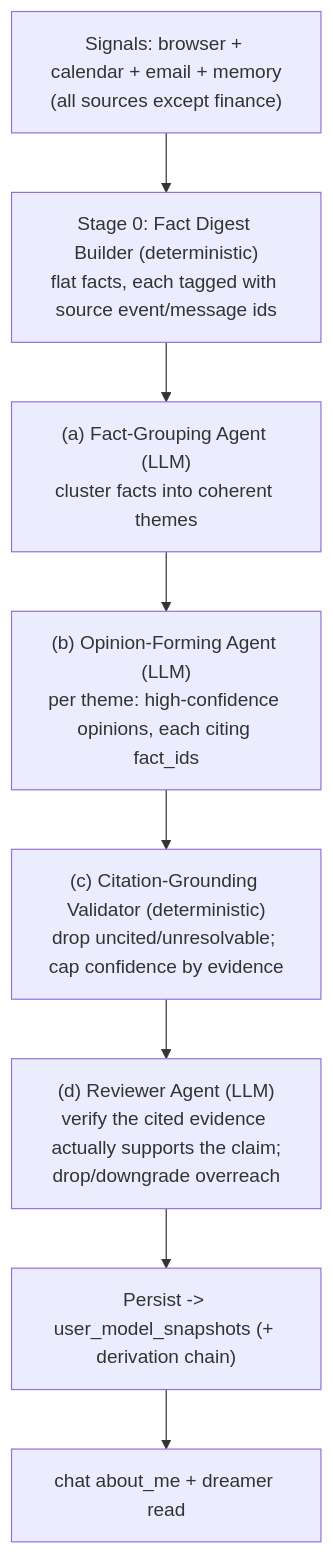
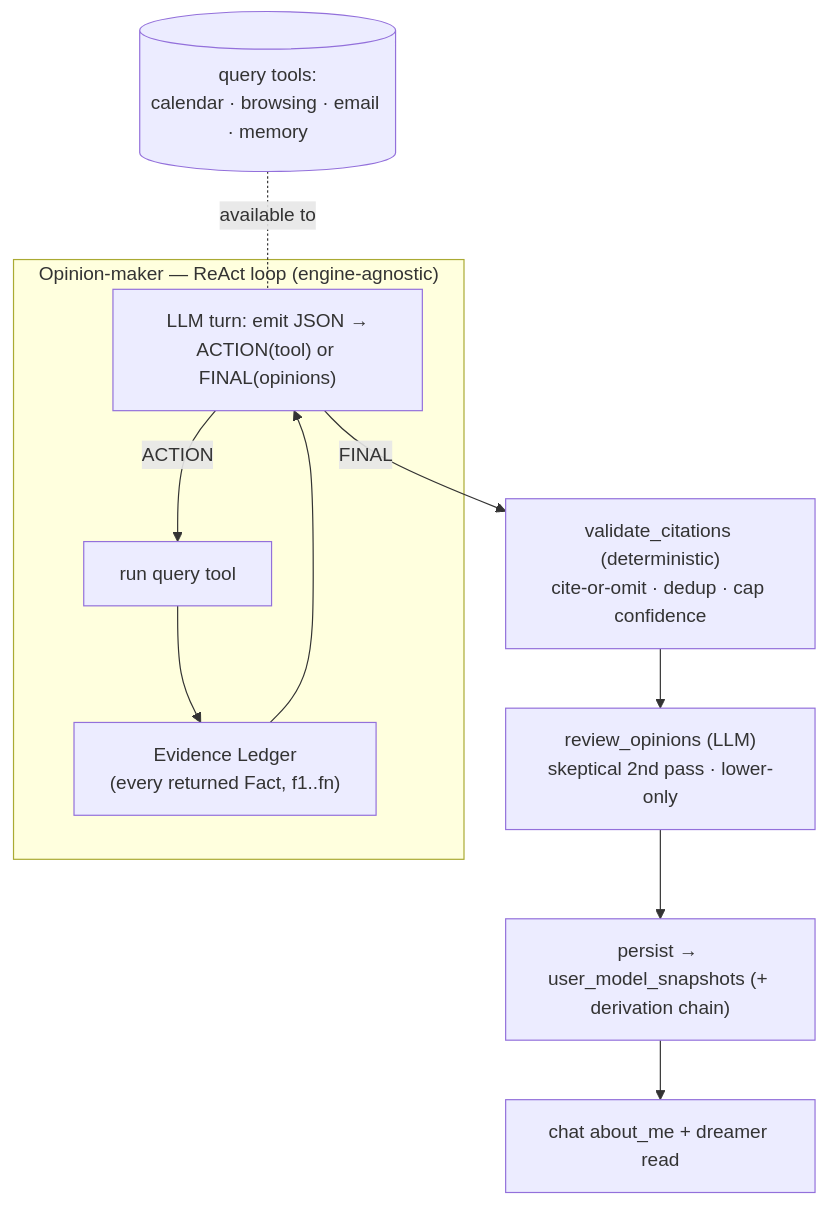
The diagram in docs/superpowers/specs/2026-06-27-nidra-opinion-forming-workflow-design.md (nagarjunakanamarlapudi/Nidra), drawn with Mermaid before and after one commit. The commit also changed other lines of this file, not shown here.

Commit message:
docs: revise spec — opinion-maker as tool-using ReAct agent, wide calendar window, decouple from dreamer

````diff
--- a/docs/superpowers/specs/2026-06-27-nidra-opinion-forming-workflow-design.md
+++ b/docs/superpowers/specs/2026-06-27-nidra-opinion-forming-workflow-design.md
@@ -33,10 +46,14 @@
 ```mermaid
 flowchart TD
-  S["Signals: browser + calendar + email + memory\n(all sources except finance)"] --> D["Stage 0: Fact Digest Builder (deterministic)\nflat facts, each tagged with source event/message ids"]
-  D --> G["(a) Fact-Grouping Agent (LLM)\ncluster facts into coherent themes"]
-  G --> O["(b) Opinion-Forming Agent (LLM)\nper theme: high-confidence opinions, each citing fact_ids"]
-  O --> V["(c) Citation-Grounding Validator (deterministic)\ndrop uncited/unresolvable; cap confidence by evidence"]
-  V --> R["(d) Reviewer Agent (LLM)\nverify the cited evidence actually supports the claim;\ndrop/downgrade overreach"]
-  R --> P["Persist -> user_model_snapshots (+ derivation chain)"]
+  subgraph Agent["Opinion-maker — ReAct loop (engine-agnostic)"]
+    M["LLM turn: emit JSON →\nACTION(tool) or FINAL(opinions)"]
+    M -->|ACTION| T["run query tool"]
+    T --> L["Evidence Ledger\n(every returned Fact, f1..fn)"]
+    L --> M
+  end
+  M -->|FINAL| V["validate_citations (deterministic)\ncite-or-omit · dedup · cap confidence"]
+  V --> R["review_opinions (LLM)\nskeptical 2nd pass · lower-only"]
+  R --> P["persist → user_model_snapshots (+ derivation chain)"]
   P --> C["chat about_me + dreamer read"]
+  Q[("query tools:\ncalendar · browsing · email · memory")] -. available to .- M
 ```
````
